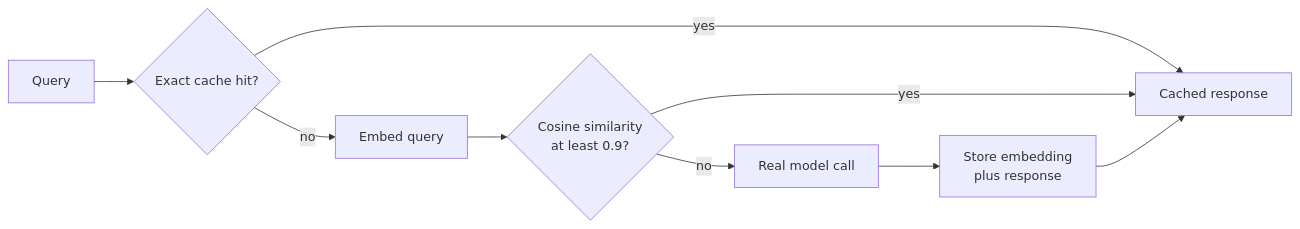
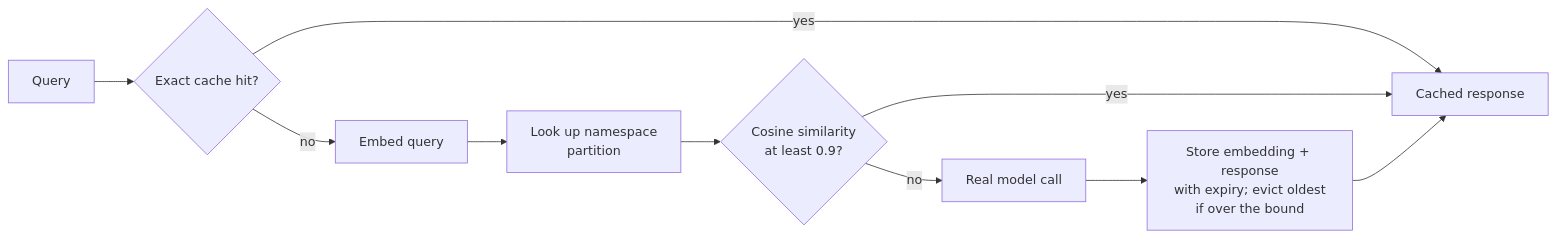
One commit to arst/agentic-patterns changed the diagram in PatternExplorer/patterns/SemanticCaching.md. Above: the diagram before and after it, drawn with Mermaid. The commit also changed other lines of this file and 3 other files, not shown here.

First line of the commit message:
fix(semantic-cache): require an explicit namespace, bound and expire entries

````diff
--- a/PatternExplorer/patterns/SemanticCaching.md
+++ b/PatternExplorer/patterns/SemanticCaching.md
@@ -43,11 +75,12 @@
 ```mermaid
 flowchart LR
     Q[Query] --> X{Exact cache hit?}
     X -->|yes| R[Cached response]
     X -->|no| E[Embed query]
-    E --> C{Cosine similarity<br/>at least 0.9?}
+    E --> P[Look up namespace<br/>partition]
+    P --> C{Cosine similarity<br/>at least 0.9?}
     C -->|yes| R
     C -->|no| M[Real model call]
-    M --> ST[Store embedding<br/>plus response]
+    M --> ST[Store embedding + response<br/>with expiry; evict oldest<br/>if over the bound]
     ST --> R
 ```
````
